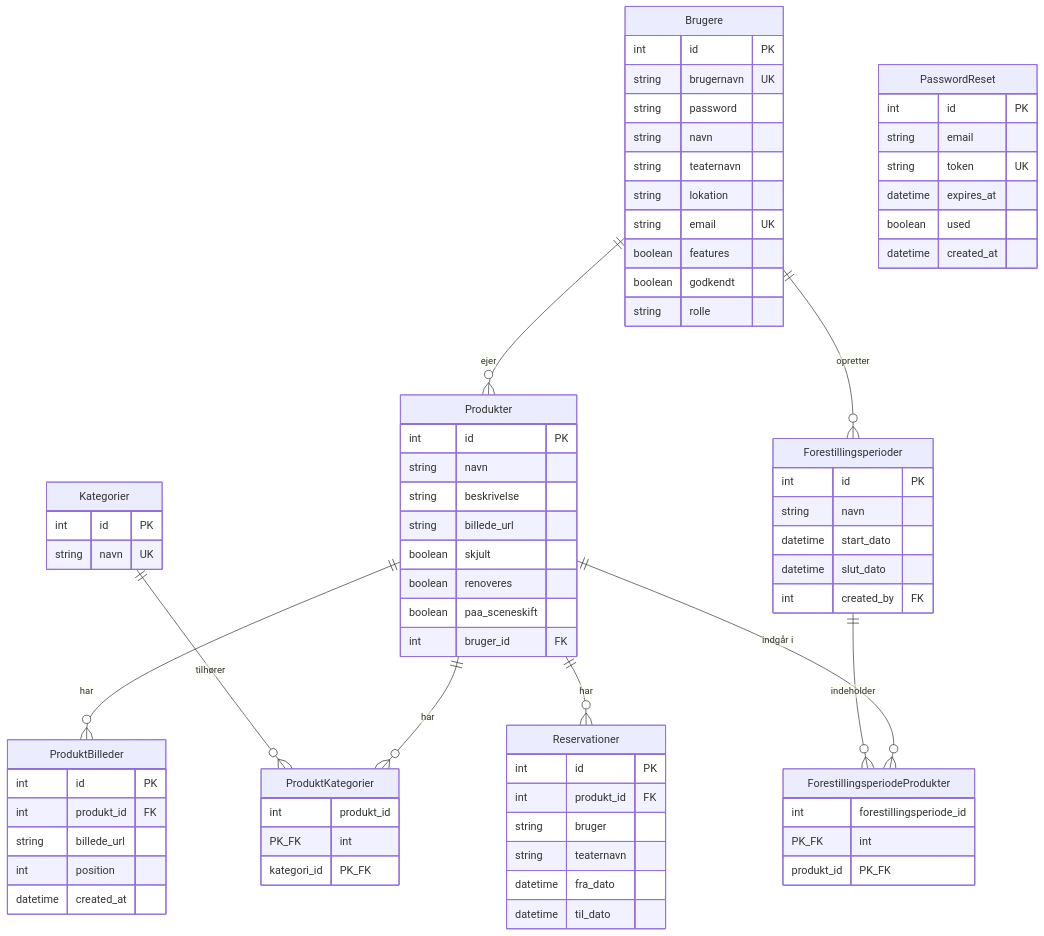
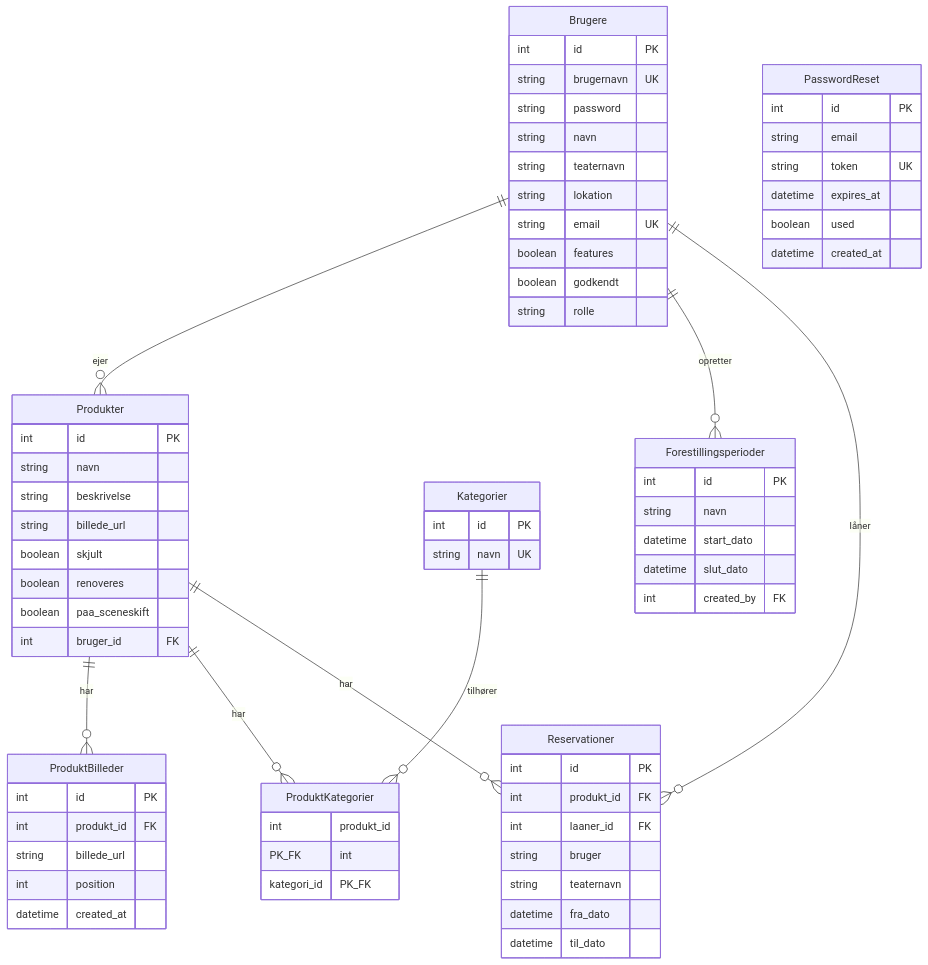
The diagram in docs/ER-diagram.md (drummdurum/hovedopgave-sceneskift), drawn with Mermaid before and after one commit. The commit also changed other lines of this file and 14 other files, not shown here.

````diff
--- a/docs/ER-diagram.md
+++ b/docs/ER-diagram.md
@@ -52,14 +52,10 @@
         int created_by FK
     }
 
-    ForestillingsperiodeProdukter {
-        int forestillingsperiode_id PK_FK
-        int produkt_id PK_FK
-    }
-
     Reservationer {
         int id PK
         int produkt_id FK
+        int laaner_id FK
         string bruger
         string teaternavn
         datetime fra_dato
@@ -78,10 +74,9 @@
     %% Relationer
     Brugere ||--o{ Produkter : "ejer"
     Brugere ||--o{ Forestillingsperioder : "opretter"
+    Brugere ||--o{ Reservationer : "låner"
     Produkter ||--o{ ProduktBilleder : "har"
     Produkter ||--o{ ProduktKategorier : "har"
     Kategorier ||--o{ ProduktKategorier : "tilhører"
-    Produkter ||--o{ ForestillingsperiodeProdukter : "indgår i"
-    Forestillingsperioder ||--o{ ForestillingsperiodeProdukter : "indeholder"
     Produkter ||--o{ Reservationer : "har"
 ```
````
